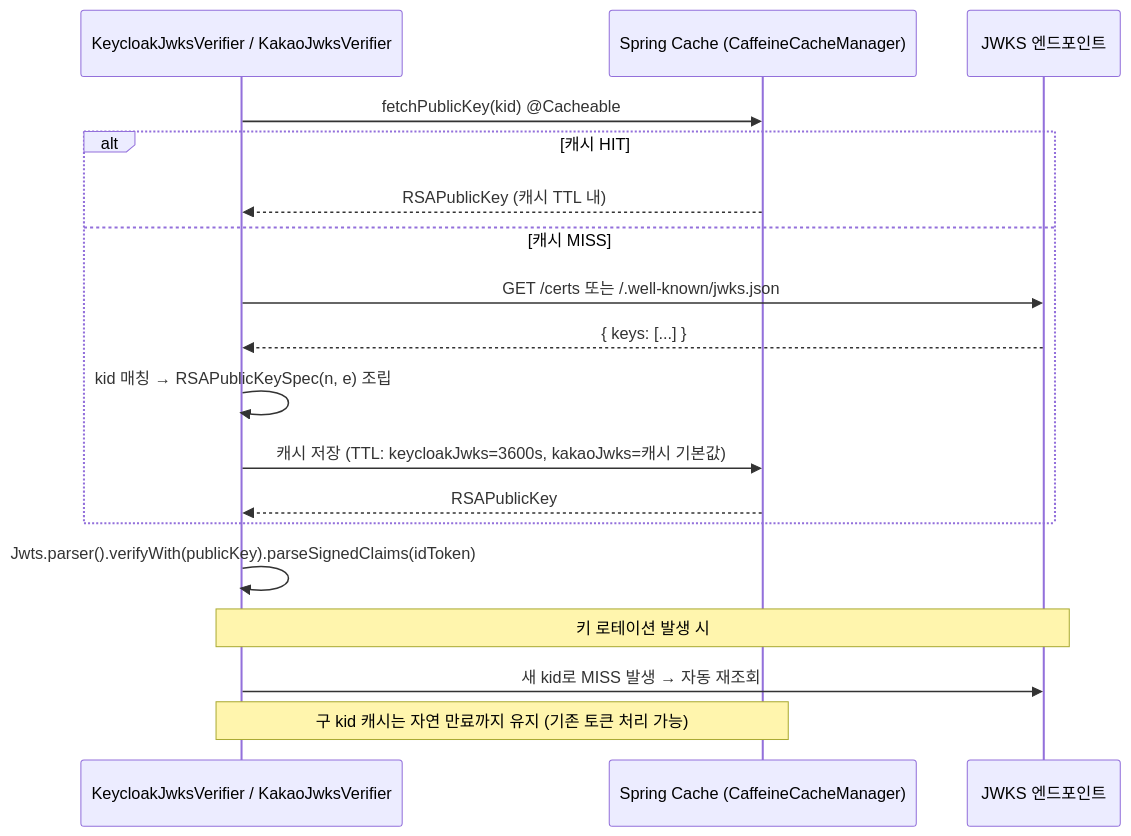
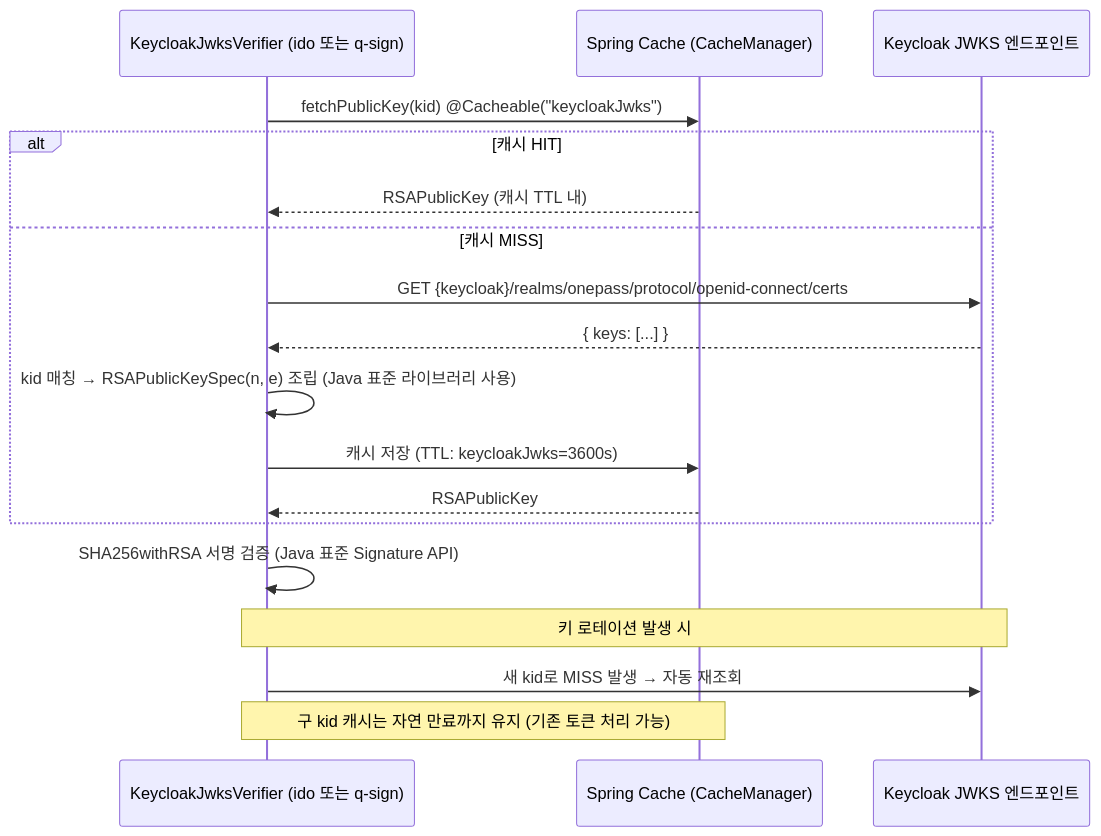
The fourth of 5 diagrams in docs/oidc-brokering-design.md (HipsterMIN/integration-sso), drawn with Mermaid before and after one commit. The commit also changed other lines of this file and 2 other files, not shown here.

````diff
--- a/docs/oidc-brokering-design.md
+++ b/docs/oidc-brokering-design.md
@@ -714,22 +740,22 @@
 ```mermaid
 sequenceDiagram
-    participant SVC as KeycloakJwksVerifier / KakaoJwksVerifier
-    participant CACHE as Spring Cache (CaffeineCacheManager)
-    participant JWKS as JWKS 엔드포인트
+    participant SVC as KeycloakJwksVerifier (ido 또는 q-sign)
+    participant CACHE as Spring Cache (CacheManager)
+    participant JWKS as Keycloak JWKS 엔드포인트
 
-    SVC->>CACHE: fetchPublicKey(kid) @Cacheable
+    SVC->>CACHE: fetchPublicKey(kid) @Cacheable("keycloakJwks")
     alt 캐시 HIT
         CACHE-->>SVC: RSAPublicKey (캐시 TTL 내)
     else 캐시 MISS
-        SVC->>JWKS: GET /certs 또는 /.well-known/jwks.json
+        SVC->>JWKS: GET {keycloak}/realms/onepass/protocol/openid-connect/certs
         JWKS-->>SVC: { keys: [...] }
-        SVC->>SVC: kid 매칭 → RSAPublicKeySpec(n, e) 조립
-        SVC->>CACHE: 캐시 저장 (TTL: keycloakJwks=3600s, kakaoJwks=캐시 기본값)
+        SVC->>SVC: kid 매칭 → RSAPublicKeySpec(n, e) 조립 (Java 표준 라이브러리 사용)
+        SVC->>CACHE: 캐시 저장 (TTL: keycloakJwks=3600s)
         CACHE-->>SVC: RSAPublicKey
     end
-    SVC->>SVC: Jwts.parser().verifyWith(publicKey).parseSignedClaims(idToken)
+    SVC->>SVC: SHA256withRSA 서명 검증 (Java 표준 Signature API)
 
     Note over SVC,JWKS: 키 로테이션 발생 시
     SVC->>JWKS: 새 kid로 MISS 발생 → 자동 재조회
     Note over SVC,CACHE: 구 kid 캐시는 자연 만료까지 유지 (기존 토큰 처리 가능)
 ```
````
